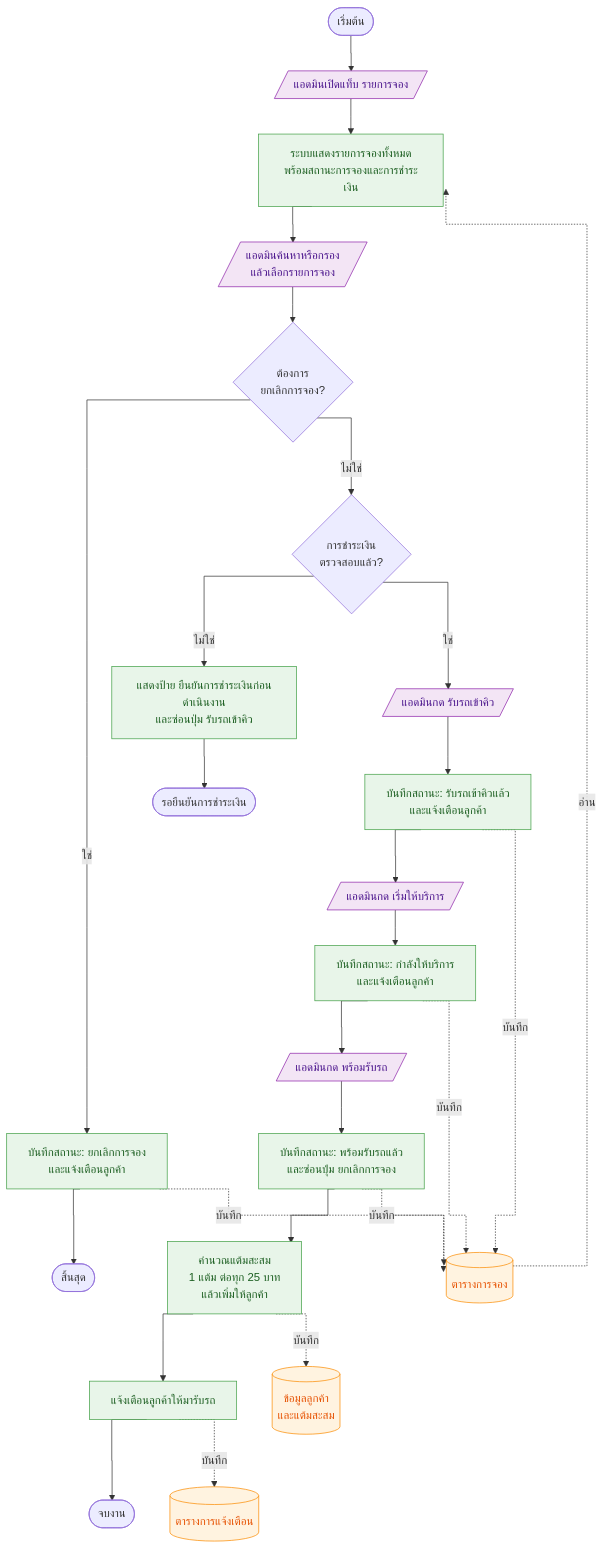
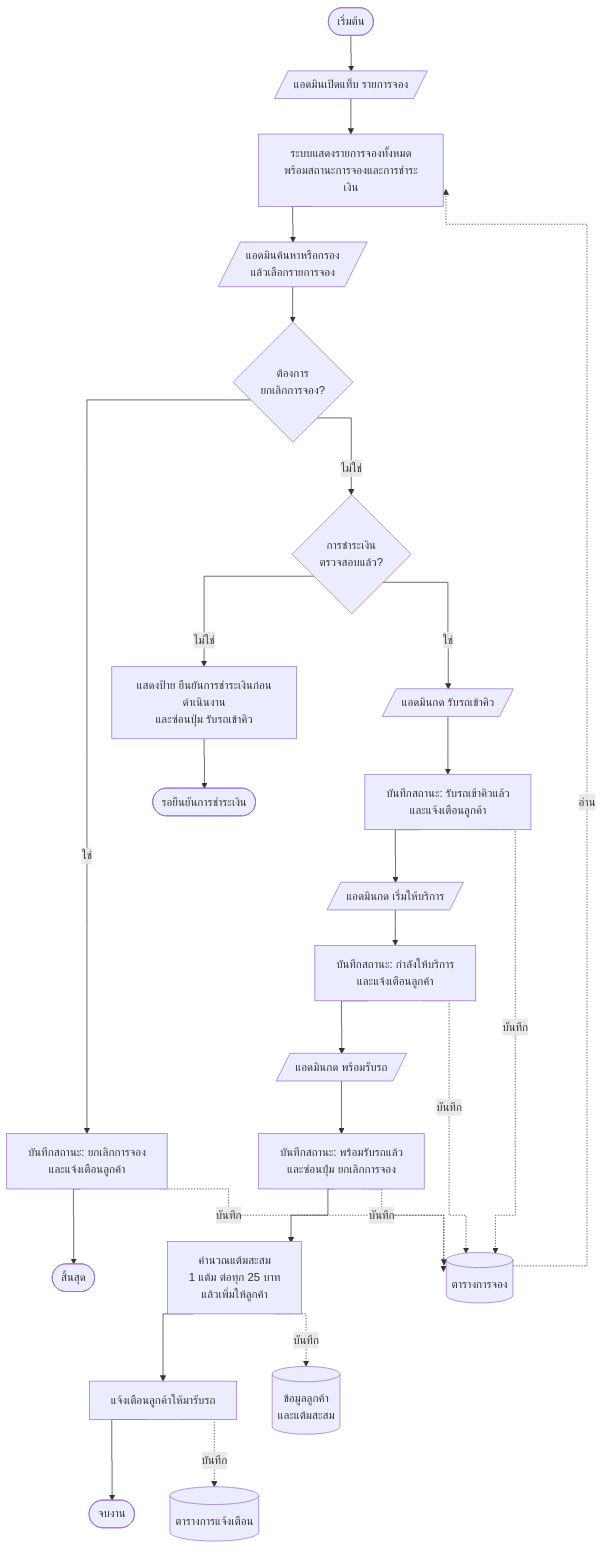
One commit to Patipan26/Group22-CarWash-Queue changed the seventh of 8 diagrams in README.md. Above: the diagram before and after it, drawn with Mermaid. The commit also changed other lines of this file, not shown here.

````diff
--- a/README.md
+++ b/README.md
@@ -973,43 +952,35 @@
 ```mermaid
 %%{init: {"flowchart": {"curve": "stepAfter"}}}%%
 flowchart TD
     S([เริ่มต้น]) --> M1[/"แอดมินเปิดแท็บ รายการจอง"/]
     M1 --> B1["ระบบแสดงรายการจองทั้งหมด<br>พร้อมสถานะการจองและการชำระเงิน"]
     B1 --> M2[/"แอดมินค้นหาหรือกรอง<br>แล้วเลือกรายการจอง"/]
     M2 --> DC{"ต้องการ<br>ยกเลิกการจอง?"}
     DC -->|ใช่| BC["บันทึกสถานะ: ยกเลิกการจอง<br>และแจ้งเตือนลูกค้า"]
     BC --> EC([สิ้นสุด])
     DC -->|ไม่ใช่| D0{"การชำระเงิน<br>ตรวจสอบแล้ว?"}
     D0 -->|ไม่ใช่| B0["แสดงป้าย ยืนยันการชำระเงินก่อนดำเนินงาน<br>และซ่อนปุ่ม รับรถเข้าคิว"]
     B0 --> E0([รอยืนยันการชำระเงิน])
     D0 -->|ใช่| M3[/"แอดมินกด รับรถเข้าคิว"/]
     M3 --> B3["บันทึกสถานะ: รับรถเข้าคิวแล้ว<br>และแจ้งเตือนลูกค้า"]
     B3 --> M4[/"แอดมินกด เริ่มให้บริการ"/]
     M4 --> B4["บันทึกสถานะ: กำลังให้บริการ<br>และแจ้งเตือนลูกค้า"]
     B4 --> M5[/"แอดมินกด พร้อมรับรถ"/]
     M5 --> B5["บันทึกสถานะ: พร้อมรับรถแล้ว<br>และซ่อนปุ่ม ยกเลิกการจอง"]
     B5 --> B6["คำนวณแต้มสะสม<br>1 แต้ม ต่อทุก 25 บาท<br>แล้วเพิ่มให้ลูกค้า"]
     B6 --> B7["แจ้งเตือนลูกค้าให้มารับรถ"]
     B7 --> E([จบงาน])
 
     DBB[("ตารางการจอง")]
     DBU[("ข้อมูลลูกค้า<br>และแต้มสะสม")]
     DBN[("ตารางการแจ้งเตือน")]
     DBB -.->|อ่าน| B1
     BC -.->|บันทึก| DBB
     B3 -.->|บันทึก| DBB
     B4 -.->|บันทึก| DBB
     B5 -.->|บันทึก| DBB
     B6 -.->|บันทึก| DBU
     B7 -.->|บันทึก| DBN
 
-    class M1,M2,M3,M4,M5 adm
-    class B0,B1,B3,B4,B5,B6,B7,BC sys
-    class DBB,DBU,DBN db
-
-    classDef adm fill:#F3E5F5,stroke:#8E24AA,color:#4A148C
-    classDef sys fill:#E8F5E9,stroke:#43A047,color:#1B5E20
-    classDef db fill:#FFF3E0,stroke:#FB8C00,color:#E65100
-
     linkStyle default interpolate stepAfter
 ```
````
